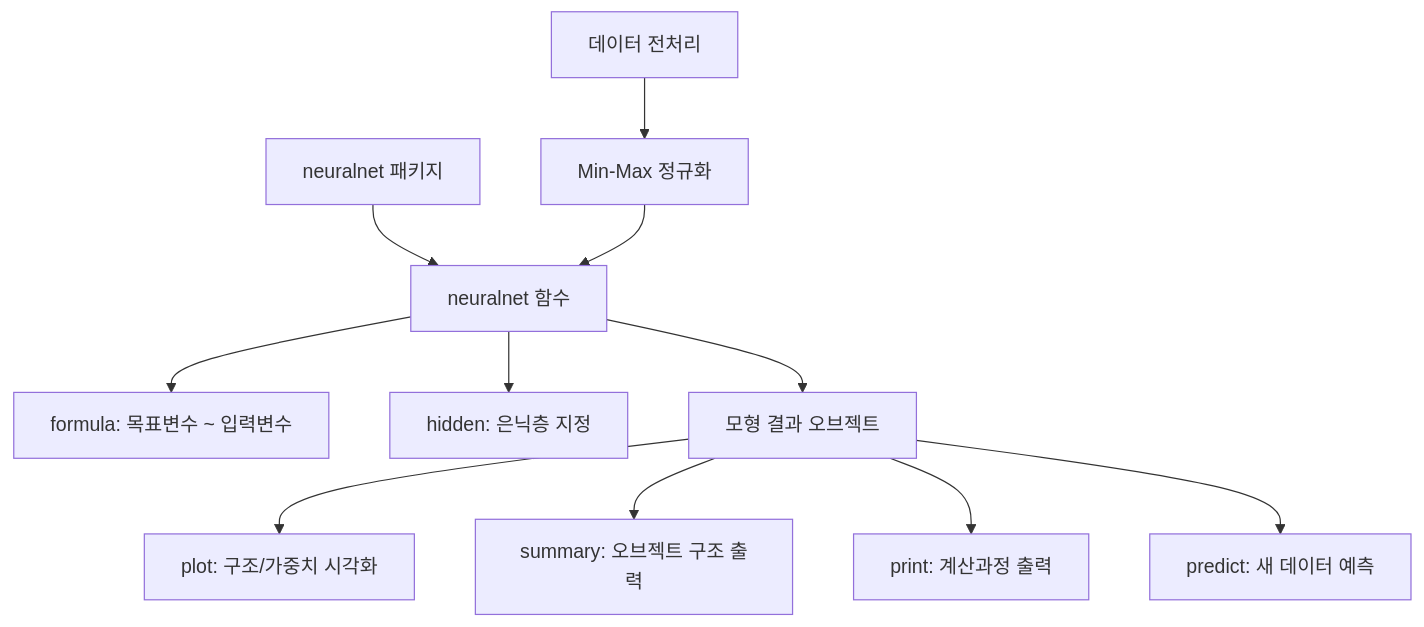
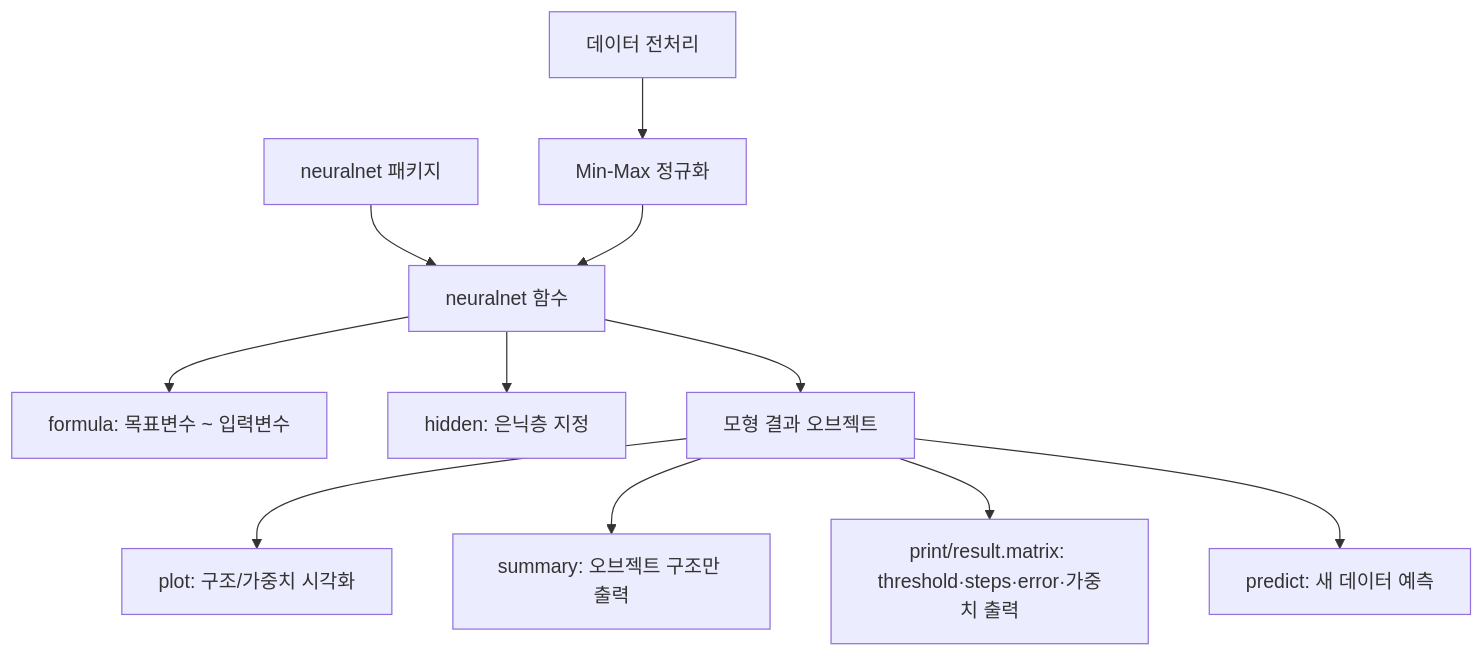
One commit to yang-heeseok/University_KNOU changed the diagram in subjects/4-1/데이터마이닝/9강. 신경망 모형 Ⅱ.md. Above: the diagram before and after it, drawn with Mermaid. The commit also changed other lines of this file and 14 other files, not shown here.

````diff
--- a/subjects/4-1/데이터마이닝/9강. 신경망 모형 Ⅱ.md
+++ b/subjects/4-1/데이터마이닝/9강. 신경망 모형 Ⅱ.md
@@ -87,13 +88,13 @@
 ```mermaid
 graph TD
     A[neuralnet 패키지] --> B[neuralnet 함수]
     B --> C[formula: 목표변수 ~ 입력변수]
     B --> D[hidden: 은닉층 지정]
     B --> E[모형 결과 오브젝트]
     E --> F[plot: 구조/가중치 시각화]
-    E --> G[summary: 오브젝트 구조 출력]
-    E --> H[print: 계산과정 출력]
+    E --> G[summary: 오브젝트 구조만 출력]
+    E --> H[print/result.matrix: threshold·steps·error·가중치 출력]
     E --> I[predict: 새 데이터 예측]
     J[데이터 전처리] --> K[Min-Max 정규화]
     K --> B
 ```
````
